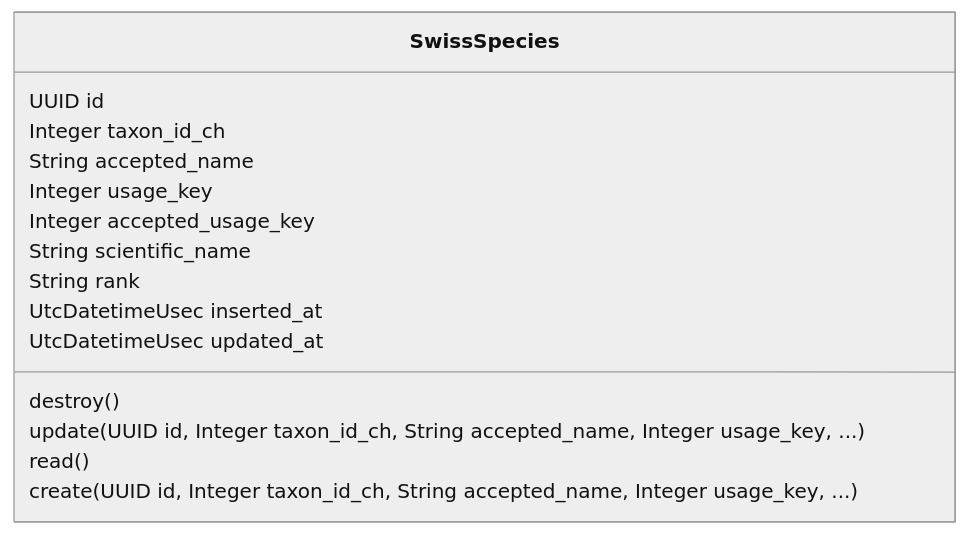
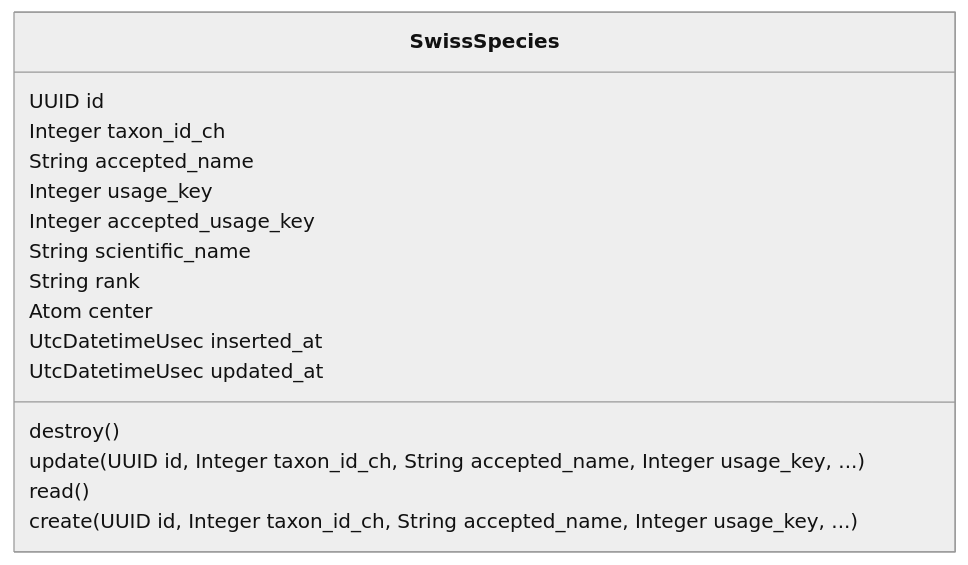
One commit to zebbra/data_aggregator changed the diagram in lib/data_aggregator/taxonomy/taxonomy-mermaid-class-diagram.md. Above: the diagram before and after it, drawn with Mermaid (neutral theme). The commit also changed 6 other files, not shown here.

````diff
--- a/lib/data_aggregator/taxonomy/taxonomy-mermaid-class-diagram.md
+++ b/lib/data_aggregator/taxonomy/taxonomy-mermaid-class-diagram.md
@@ -1,21 +1,22 @@
 ```mermaid
 classDiagram
     class SwissSpecies {
         UUID id
         Integer taxon_id_ch
         String accepted_name
         Integer usage_key
         Integer accepted_usage_key
         String scientific_name
         String rank
+        Atom center
         UtcDatetimeUsec inserted_at
         UtcDatetimeUsec updated_at
         destroy()
         update(UUID id, Integer taxon_id_ch, String accepted_name, Integer usage_key, ...)
         read()
         create(UUID id, Integer taxon_id_ch, String accepted_name, Integer usage_key, ...)
     }
 
 
 
 ```
````
